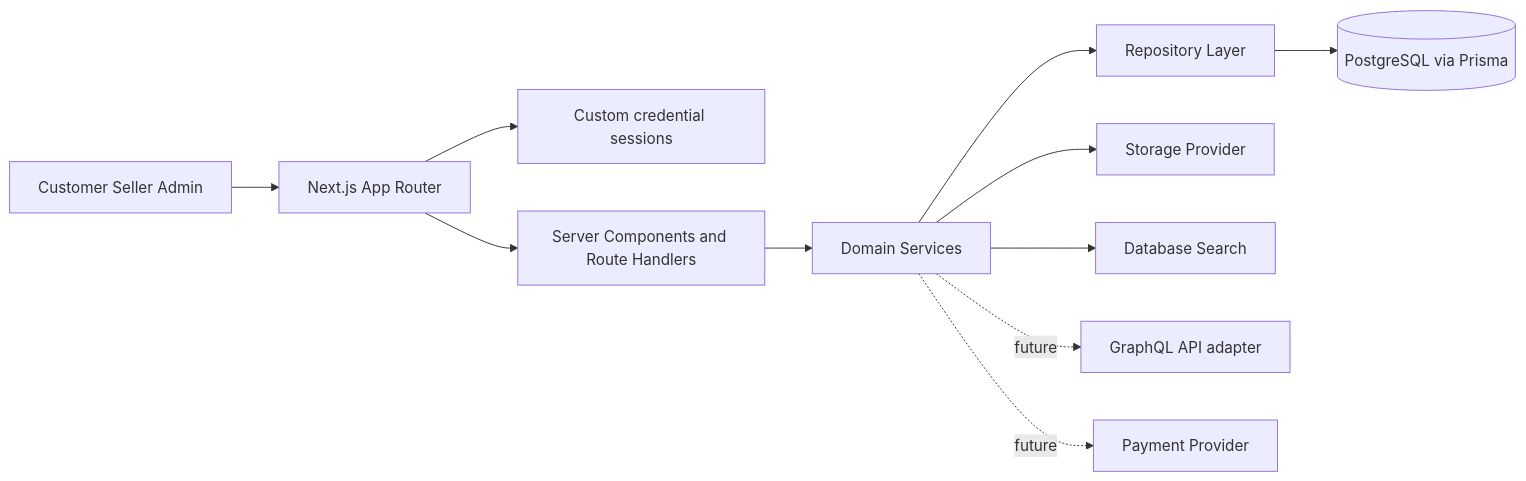
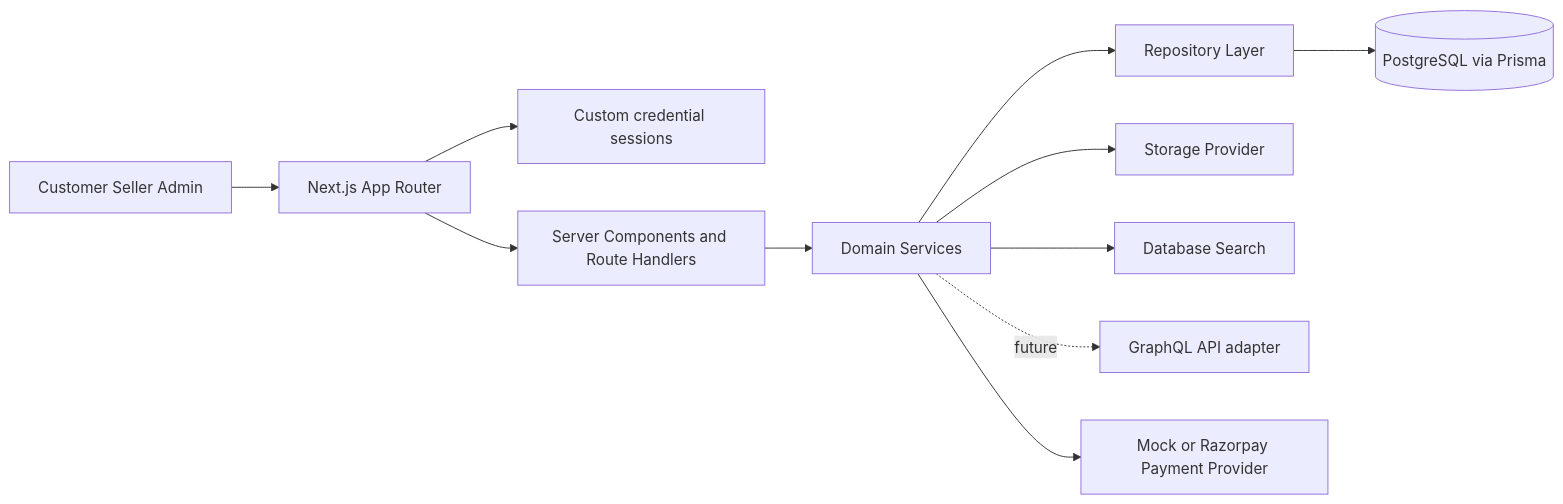
Before and after one commit to rajveneeth/printora: the first of 3 diagrams in README.md, drawn with Mermaid. The commit also changed other lines of this file and 93 other files, not shown here.

````diff
--- a/README.md
+++ b/README.md
@@ -29,13 +29,13 @@
 ```mermaid
 flowchart LR
     User[Customer Seller Admin] --> Web[Next.js App Router]
     Web --> Auth[Custom credential sessions]
     Web --> Actions[Server Components and Route Handlers]
     Actions --> Services[Domain Services]
     Services --> Repositories[Repository Layer]
     Repositories --> Database[(PostgreSQL via Prisma)]
     Services --> Storage[Storage Provider]
     Services --> Search[Database Search]
     Services -. future .-> GraphQL[GraphQL API adapter]
-    Services -. future .-> Payment[Payment Provider]
+    Services --> Payment[Mock or Razorpay Payment Provider]
 ```
````
